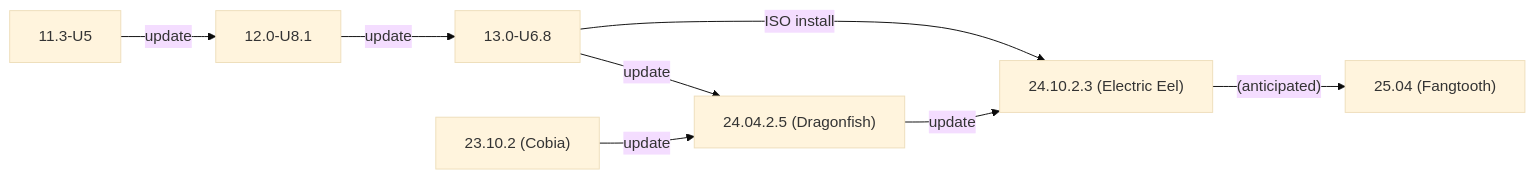
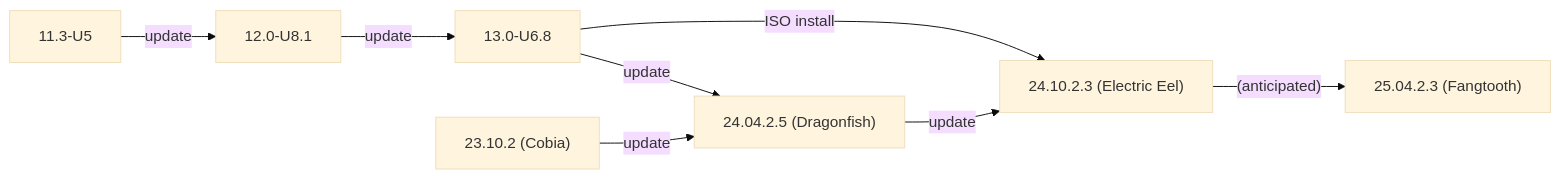
Before and after one commit to truenas/documentation: the second of 2 diagrams in static/includes/SCALEUpgradePaths.md, drawn with Mermaid (base theme). The commit also changed other lines of this file, not shown here.

```diff
--- a/static/includes/SCALEUpgradePaths.md
+++ b/static/includes/SCALEUpgradePaths.md
@@ -87,11 +87,11 @@
           {{< mermaid class="mermaid_sizing" >}}
           flowchart LR
             A["11.3-U5"] -->|update| B
             B["12.0-U8.1"] -->|update| C
             C["13.0-U6.8"] -->|ISO install| F
             C -->|update| E
             D["23.10.2 (Cobia)"] -->|update| E
             E["24.04.2.5 (Dragonfish)"]  -->|update| F
             F["24.10.2.3 (Electric Eel)"] -->|"(anticipated)"| G
-            G["25.04 (Fangtooth)"]
+            G["25.04.2.3 (Fangtooth)"]
           {{< /mermaid >}}
```
